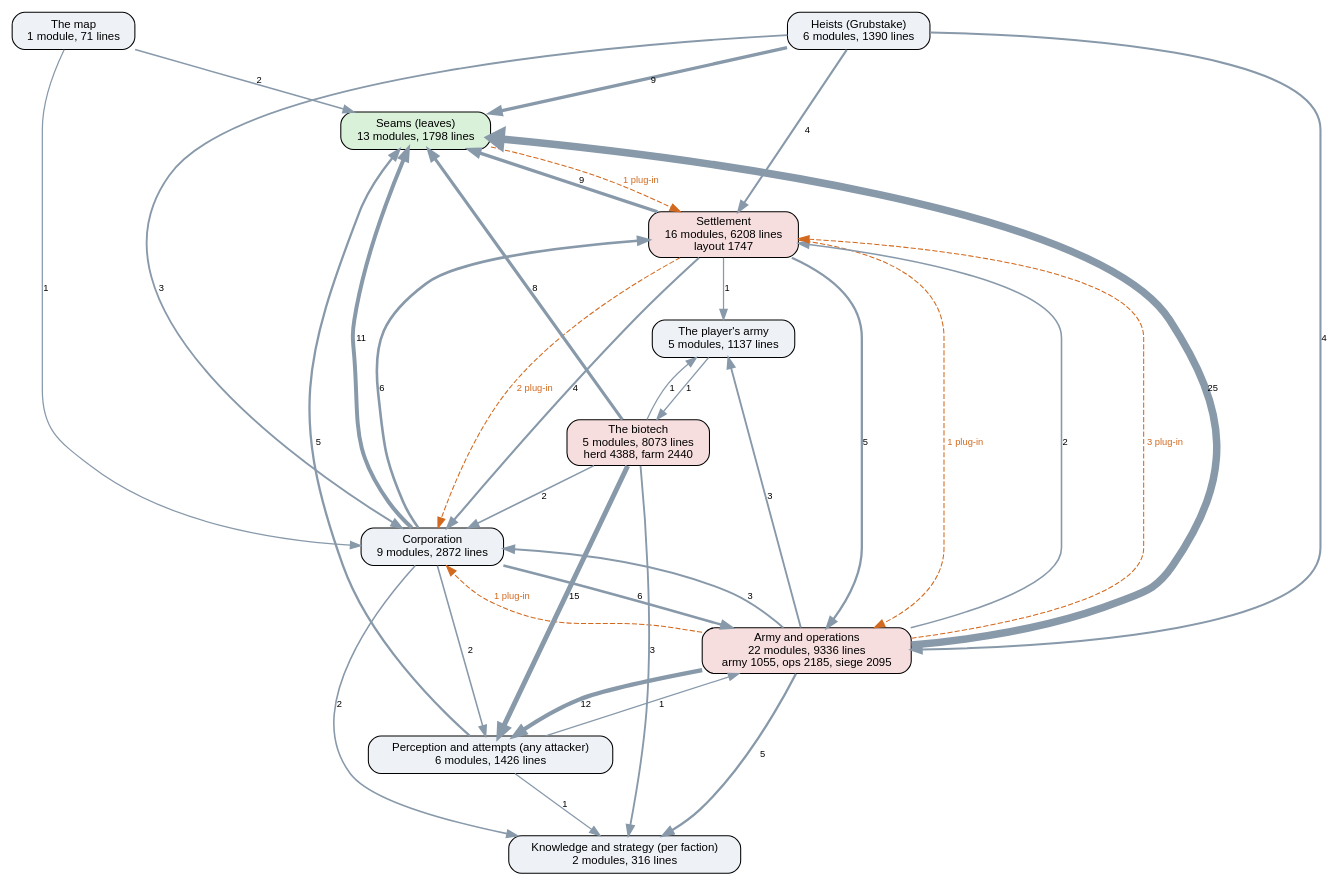
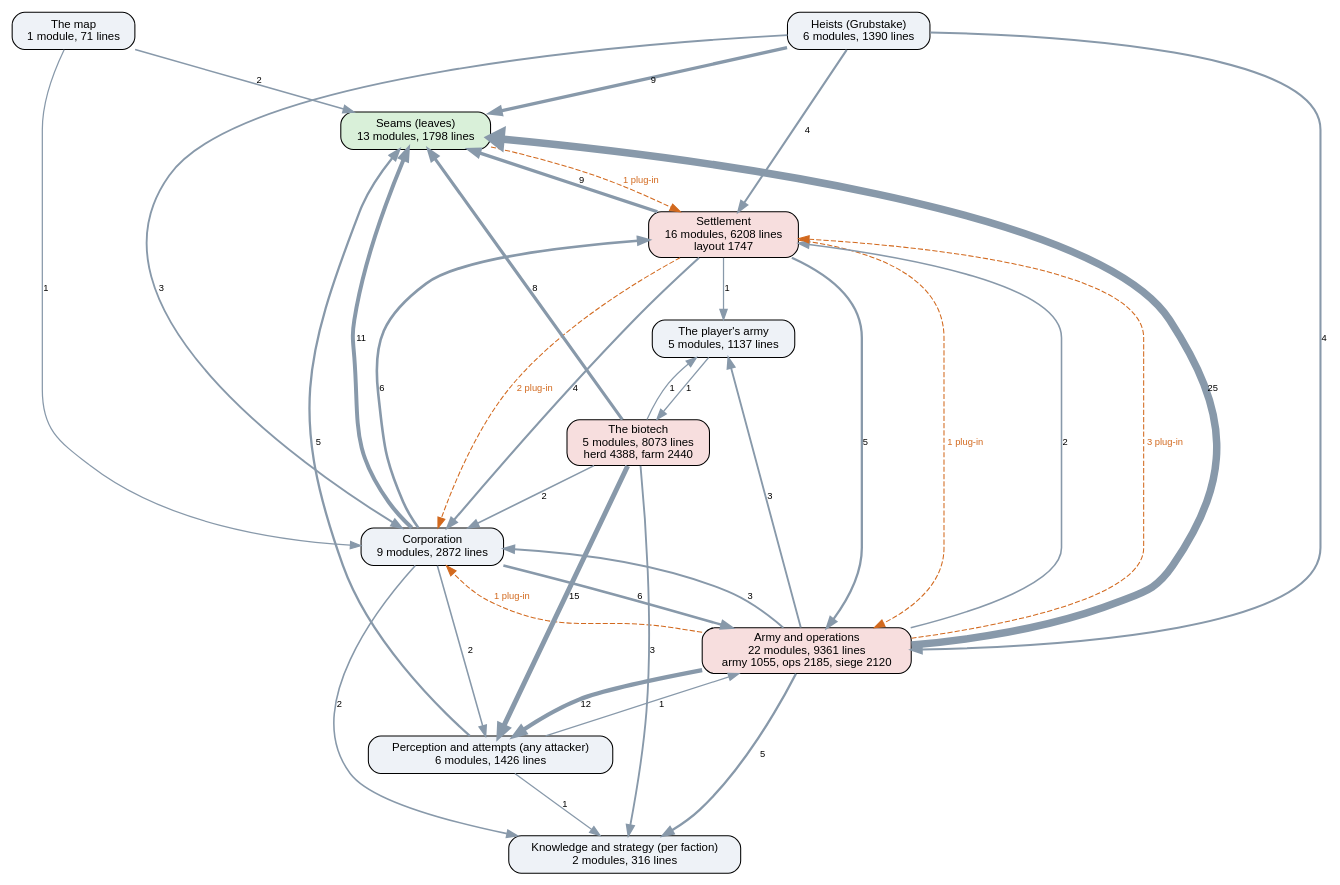
One commit to kinelhu/landing-party changed the diagram in docs/ai-layers.dot. Above: the diagram before and after it, drawn with Graphviz. The commit also changed 10 other files, not shown here.

```diff
--- a/docs/ai-layers.dot
+++ b/docs/ai-layers.dot
@@ -1,50 +1,50 @@
 digraph layers {
   graph [rankdir=TB, fontname="Helvetica", nodesep=0.5, ranksep=0.7];
   node [shape=box, style="rounded,filled", fontname="Helvetica", fontsize=11, fillcolor="#eef2f7"];
   edge [color="#8899aa", fontname="Helvetica", fontsize=9];
   "Seams (leaves)" [label="Seams (leaves)\n13 modules, 1798 lines", fillcolor="#d9f0d9"];
   "Perception and attempts (any attacker)" [label="Perception and attempts (any attacker)\n6 modules, 1426 lines", fillcolor="#eef2f7"];
   "Knowledge and strategy (per faction)" [label="Knowledge and strategy (per faction)\n2 modules, 316 lines", fillcolor="#eef2f7"];
   "Corporation" [label="Corporation\n9 modules, 2872 lines", fillcolor="#eef2f7"];
   "Settlement" [label="Settlement\n16 modules, 6208 lines\nlayout 1747", fillcolor="#f7dede"];
-  "Army and operations" [label="Army and operations\n22 modules, 9336 lines\narmy 1055, ops 2185, siege 2095", fillcolor="#f7dede"];
+  "Army and operations" [label="Army and operations\n22 modules, 9361 lines\narmy 1055, ops 2185, siege 2120", fillcolor="#f7dede"];
   "Heists (Grubstake)" [label="Heists (Grubstake)\n6 modules, 1390 lines", fillcolor="#eef2f7"];
   "The biotech" [label="The biotech\n5 modules, 8073 lines\nherd 4388, farm 2440", fillcolor="#f7dede"];
   "The map" [label="The map\n1 module, 71 lines", fillcolor="#eef2f7"];
   "The player's army" [label="The player's army\n5 modules, 1137 lines", fillcolor="#eef2f7"];
   "Army and operations" -> "Corporation" [label="3", penwidth=1.8];
   "Army and operations" -> "Knowledge and strategy (per faction)" [label="5", penwidth=2.2];
   "Army and operations" -> "Perception and attempts (any attacker)" [label="12", penwidth=4.0];
   "Army and operations" -> "Seams (leaves)" [label="25", penwidth=7.2];
   "Army and operations" -> "Settlement" [label="2", penwidth=1.5];
   "Army and operations" -> "The player's army" [label="3", penwidth=1.8];
   "Corporation" -> "Army and operations" [label="6", penwidth=2.5];
   "Corporation" -> "Knowledge and strategy (per faction)" [label="2", penwidth=1.5];
   "Corporation" -> "Perception and attempts (any attacker)" [label="2", penwidth=1.5];
   "Corporation" -> "Seams (leaves)" [label="11", penwidth=3.8];
   "Corporation" -> "Settlement" [label="6", penwidth=2.5];
   "Heists (Grubstake)" -> "Army and operations" [label="4", penwidth=2.0];
   "Heists (Grubstake)" -> "Corporation" [label="3", penwidth=1.8];
   "Heists (Grubstake)" -> "Seams (leaves)" [label="9", penwidth=3.2];
   "Heists (Grubstake)" -> "Settlement" [label="4", penwidth=2.0];
   "Perception and attempts (any attacker)" -> "Army and operations" [label="1", penwidth=1.2];
   "Perception and attempts (any attacker)" -> "Knowledge and strategy (per faction)" [label="1", penwidth=1.2];
   "Perception and attempts (any attacker)" -> "Seams (leaves)" [label="5", penwidth=2.2];
   "Settlement" -> "Army and operations" [label="5", penwidth=2.2];
   "Settlement" -> "Corporation" [label="4", penwidth=2.0];
   "Settlement" -> "Seams (leaves)" [label="9", penwidth=3.2];
   "Settlement" -> "The player's army" [label="1", penwidth=1.2];
   "The biotech" -> "Corporation" [label="2", penwidth=1.5];
   "The biotech" -> "Knowledge and strategy (per faction)" [label="3", penwidth=1.8];
   "The biotech" -> "Perception and attempts (any attacker)" [label="15", penwidth=4.8];
   "The biotech" -> "Seams (leaves)" [label="8", penwidth=3.0];
   "The biotech" -> "The player's army" [label="1", penwidth=1.2];
   "The map" -> "Corporation" [label="1", penwidth=1.2];
   "The map" -> "Seams (leaves)" [label="2", penwidth=1.5];
   "The player's army" -> "The biotech" [label="1", penwidth=1.2];
   "Army and operations" -> "Corporation" [style=dashed, color="#d2691e", fontcolor="#d2691e", label="1 plug-in"];
   "Army and operations" -> "Settlement" [style=dashed, color="#d2691e", fontcolor="#d2691e", label="3 plug-in"];
   "Seams (leaves)" -> "Settlement" [style=dashed, color="#d2691e", fontcolor="#d2691e", label="1 plug-in"];
   "Settlement" -> "Army and operations" [style=dashed, color="#d2691e", fontcolor="#d2691e", label="1 plug-in"];
   "Settlement" -> "Corporation" [style=dashed, color="#d2691e", fontcolor="#d2691e", label="2 plug-in"];
 }
```
